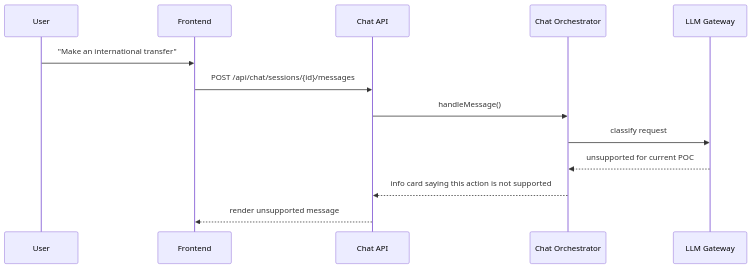
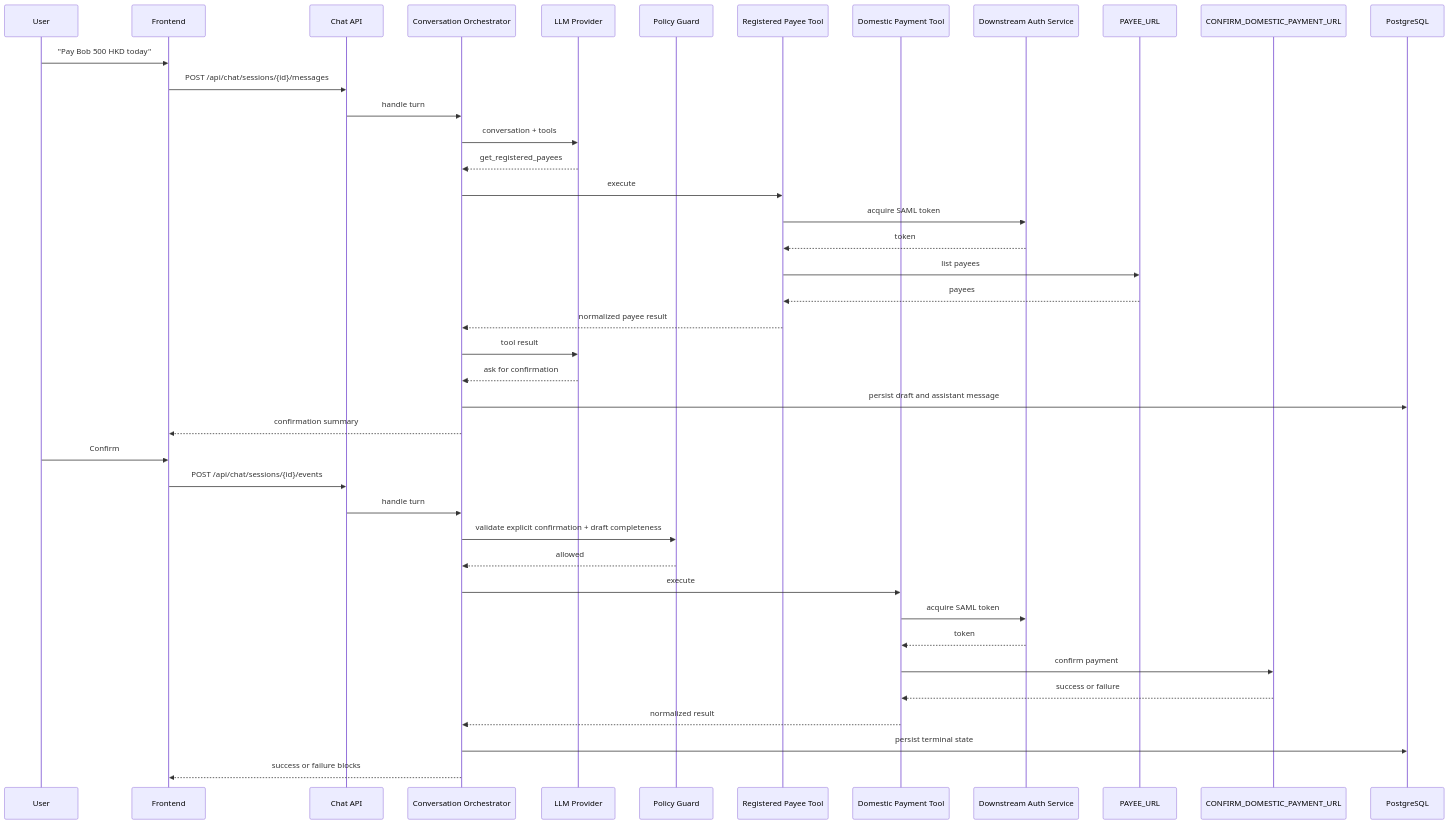
Before and after one commit to VictorZhong/chat2pay: the fourth of 4 diagrams in docs/01-system_design.md, drawn with Mermaid. The commit also changed other lines of this file and 10 other files, not shown here.

````diff
--- a/docs/01-system_design.md
+++ b/docs/01-system_design.md
@@ -437,16 +442,45 @@
 ```mermaid
 sequenceDiagram
     participant U as User
     participant FE as Frontend
     participant API as Chat API
-    participant ORC as Chat Orchestrator
-    participant LLM as LLM Gateway
+    participant ORC as Conversation Orchestrator
+    participant LLM as LLM Provider
+    participant GUARD as Policy Guard
+    participant PAYEE_TOOL as Registered Payee Tool
+    participant PAY_TOOL as Domestic Payment Tool
+    participant AUTH as Downstream Auth Service
+    participant PAYEE as PAYEE_URL
+    participant CONFIRM as CONFIRM_DOMESTIC_PAYMENT_URL
+    participant DB as PostgreSQL
 
-    U->>FE: "Make an international transfer"
+    U->>FE: "Pay Bob 500 HKD today"
     FE->>API: POST /api/chat/sessions/{id}/messages
-    API->>ORC: handleMessage()
-    ORC->>LLM: classify request
-    LLM-->>ORC: unsupported for current POC
-    ORC-->>API: info card saying this action is not supported
-    API-->>FE: render unsupported message
+    API->>ORC: handle turn
+    ORC->>LLM: conversation + tools
+    LLM-->>ORC: get_registered_payees
+    ORC->>PAYEE_TOOL: execute
+    PAYEE_TOOL->>AUTH: acquire SAML token
+    AUTH-->>PAYEE_TOOL: token
+    PAYEE_TOOL->>PAYEE: list payees
+    PAYEE-->>PAYEE_TOOL: payees
+    PAYEE_TOOL-->>ORC: normalized payee result
+    ORC->>LLM: tool result
+    LLM-->>ORC: ask for confirmation
+    ORC->>DB: persist draft and assistant message
+    ORC-->>FE: confirmation summary
+
+    U->>FE: Confirm
+    FE->>API: POST /api/chat/sessions/{id}/events
+    API->>ORC: handle turn
+    ORC->>GUARD: validate explicit confirmation + draft completeness
+    GUARD-->>ORC: allowed
+    ORC->>PAY_TOOL: execute
+    PAY_TOOL->>AUTH: acquire SAML token
+    AUTH-->>PAY_TOOL: token
+    PAY_TOOL->>CONFIRM: confirm payment
+    CONFIRM-->>PAY_TOOL: success or failure
+    PAY_TOOL-->>ORC: normalized result
+    ORC->>DB: persist terminal state
+    ORC-->>FE: success or failure blocks
 ```
````
